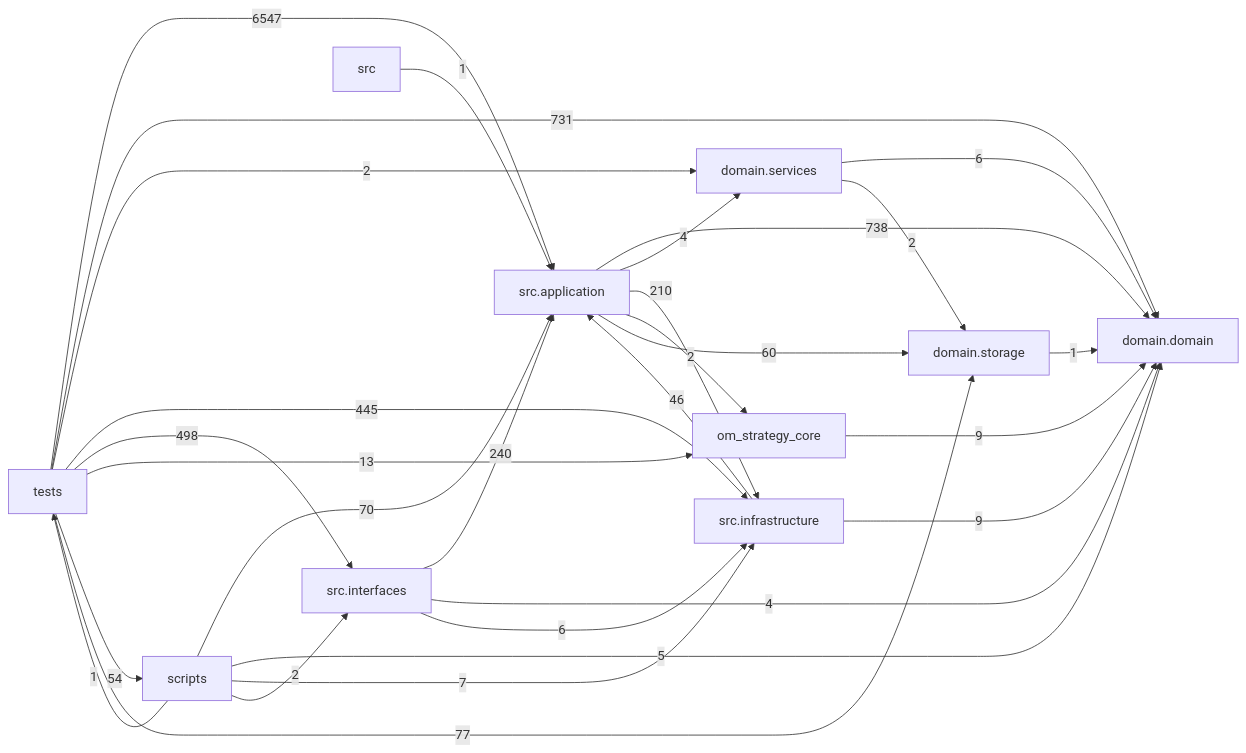
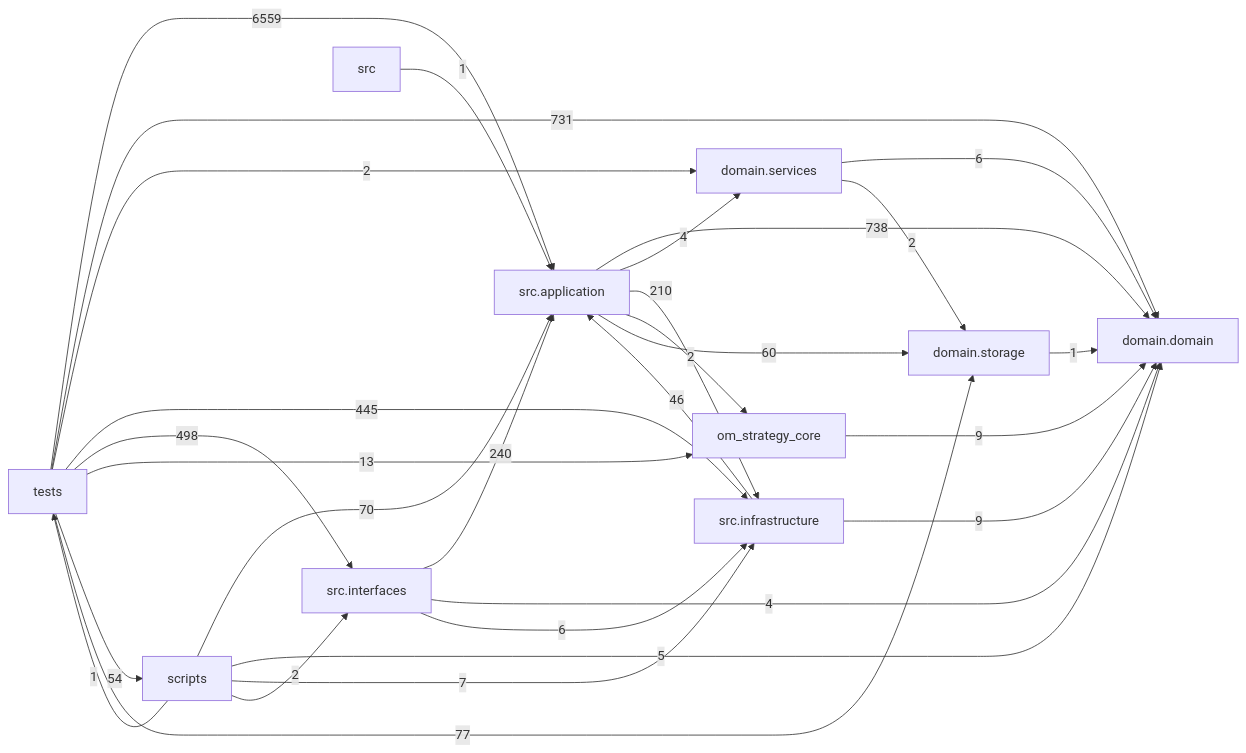
Before and after one commit to liuxie066/options-monitor: the diagram in docs/DEPENDENCY_GRAPH.md, drawn with Mermaid. The commit also changed other lines of this file and 4 other files, not shown here.

````diff
--- a/docs/DEPENDENCY_GRAPH.md
+++ b/docs/DEPENDENCY_GRAPH.md
@@ -24,39 +24,39 @@
 ```mermaid
 flowchart LR
   tests["tests"]
   scripts["scripts"]
   interfaces["src.interfaces"]
   application["src.application"]
   infrastructure["src.infrastructure"]
   domain_services["domain.services"]
   domain["domain.domain"]
   storage["domain.storage"]
   application -->|738| domain
   application -->|4| domain_services
   application -->|210| infrastructure
   application -->|2| om_strategy_core
   application -->|60| storage
   domain_services -->|6| domain
   domain_services -->|2| storage
   infrastructure -->|46| application
   infrastructure -->|9| domain
   interfaces -->|240| application
   interfaces -->|4| domain
   interfaces -->|6| infrastructure
   om_strategy_core -->|9| domain
   scripts -->|70| application
   scripts -->|5| domain
   scripts -->|7| infrastructure
   scripts -->|2| interfaces
   scripts -->|1| tests
   src -->|1| application
   storage -->|1| domain
-  tests -->|6547| application
+  tests -->|6559| application
   tests -->|731| domain
   tests -->|2| domain_services
   tests -->|445| infrastructure
   tests -->|498| interfaces
   tests -->|13| om_strategy_core
   tests -->|54| scripts
   tests -->|77| storage
 ```
````
